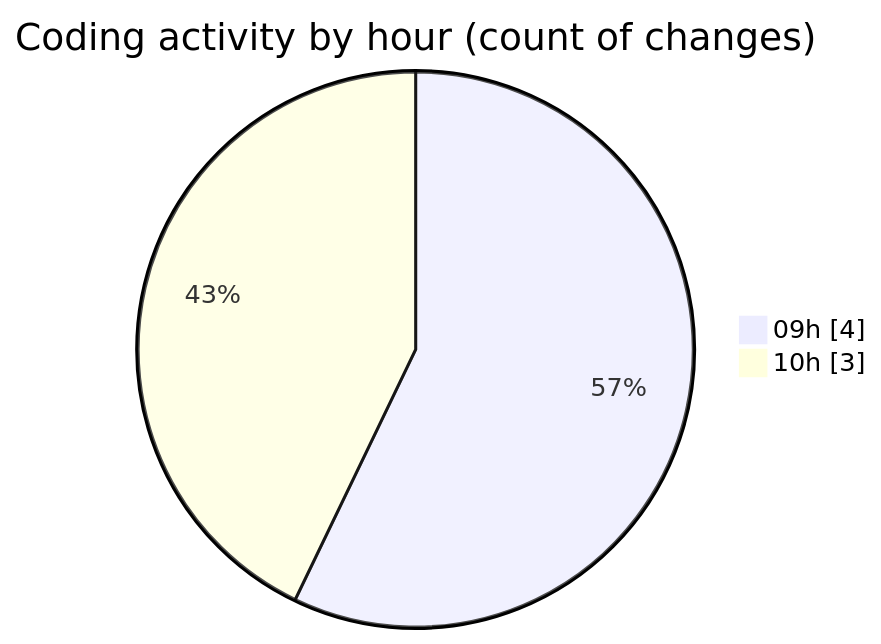
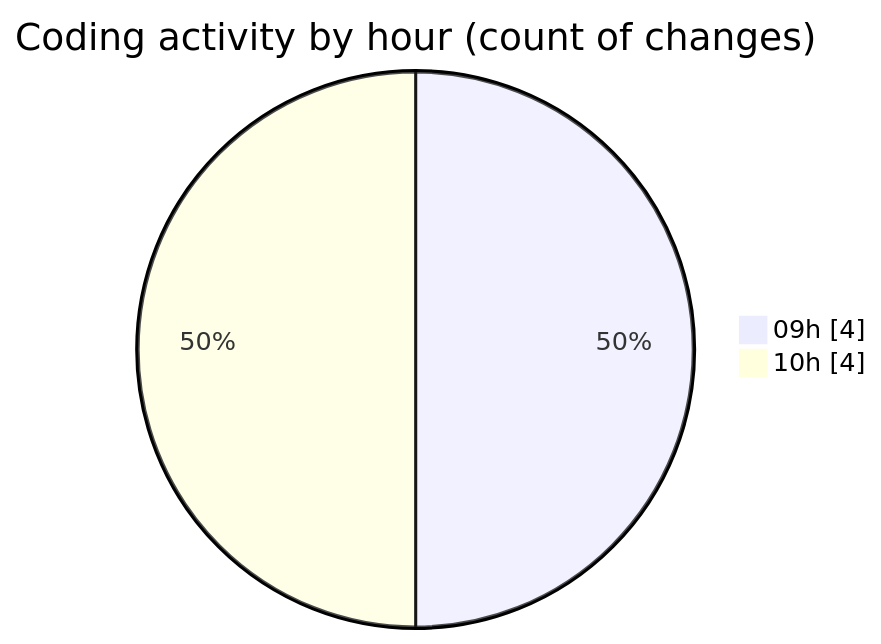
Before and after one commit to momahboobian/code-tracking: the second of 2 diagrams in 2025-01-30/good-pr/README.md, drawn with Mermaid. The commit also changed other lines of this file and 1 other file, not shown here.

````diff
--- a/2025-01-30/good-pr/README.md
+++ b/2025-01-30/good-pr/README.md
@@ -33,6 +34,6 @@
 ```mermaid
 pie showData
 title Coding activity by hour (count of changes)
 "09h" : 4
-"10h" : 3
+"10h" : 4
 ```
````
